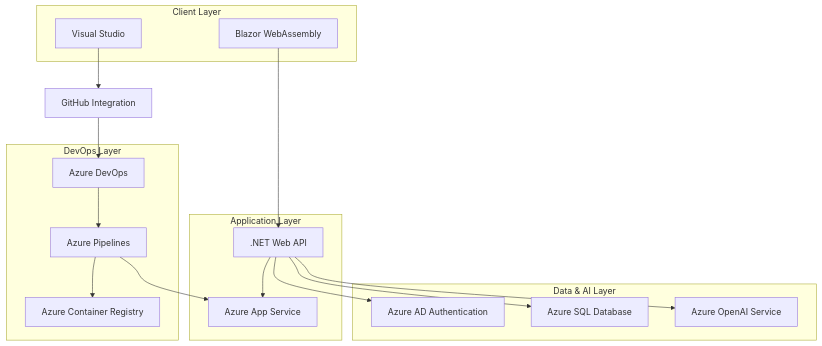
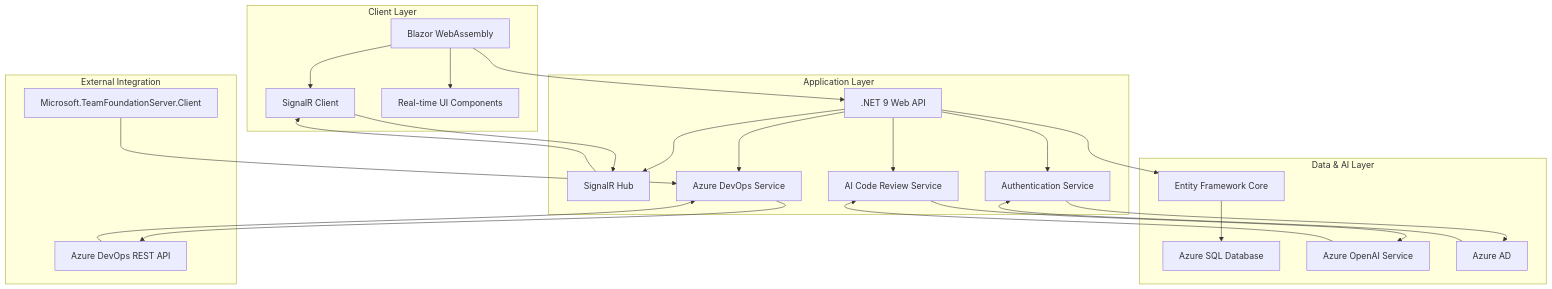
One commit to SakshamKapoor2911/AzureDevNexus changed the diagram in README.md. Above: the diagram before and after it, drawn with Mermaid. The commit also changed other lines of this file, not shown here.

````diff
--- a/README.md
+++ b/README.md
@@ -29,37 +59,33 @@
 ```mermaid
 graph TB
-    A[Blazor WebAssembly] --> B[.NET Web API]
-    B --> C[Azure AD Authentication]
-    B --> D[Azure SQL Database]
-    B --> E[Azure OpenAI Service]
-    B --> F[Azure App Service]
-    
-    G[Azure DevOps] --> H[Azure Pipelines]
-    H --> F
-    H --> I[Azure Container Registry]
-    
-    J[Visual Studio] --> K[GitHub Integration]
-    K --> G
-    
     subgraph "Client Layer"
-        A
-        J
+        A[Blazor WebAssembly] --> B[SignalR Client]
+        A --> C[Real-time UI Components]
     end
     
     subgraph "Application Layer"
-        B
-        F
+        D[.NET 9 Web API] --> E[SignalR Hub]
+        D --> F[Azure DevOps Service]
+        D --> G[AI Code Review Service]
+        D --> H[Authentication Service]
     end
     
     subgraph "Data & AI Layer"
-        C
-        D
-        E
+        I[Entity Framework Core] --> J[Azure SQL Database]
+        K[Azure OpenAI Service] --> G
+        L[Azure AD] --> H
     end
     
-    subgraph "DevOps Layer"
-        G
-        H
-        I
+    subgraph "External Integration"
+        M[Azure DevOps REST API] --> F
+        N[Microsoft.TeamFoundationServer.Client] --> F
     end
+    
+    A --> D
+    B --> E
+    E --> B
+    F --> M
+    G --> K
+    H --> L
+    D --> I
 ```
````
